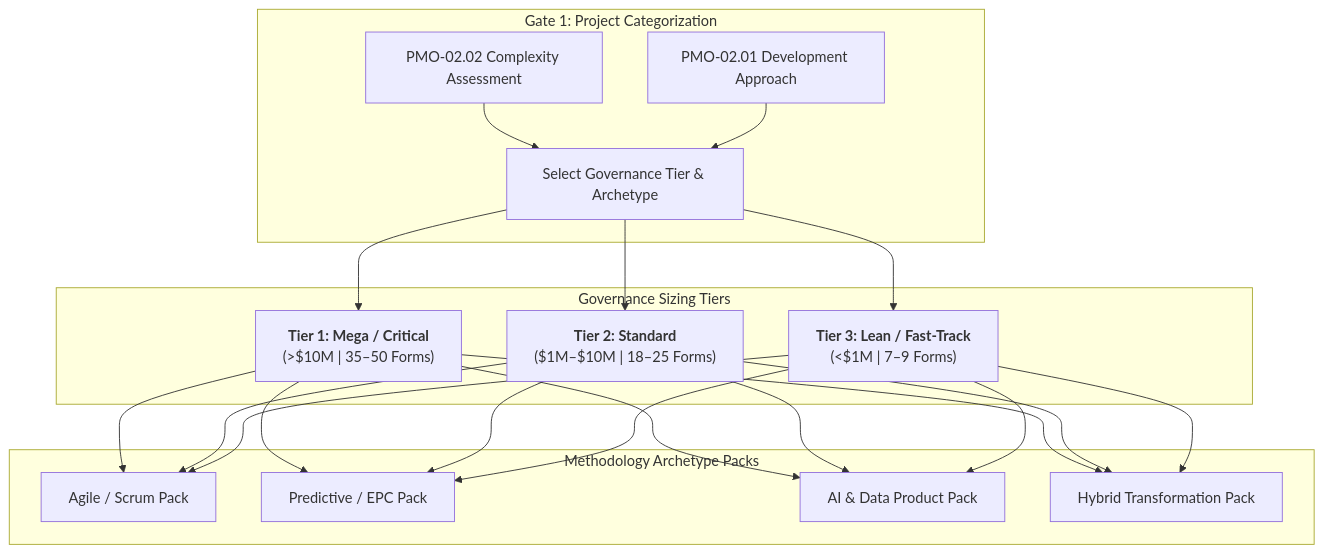
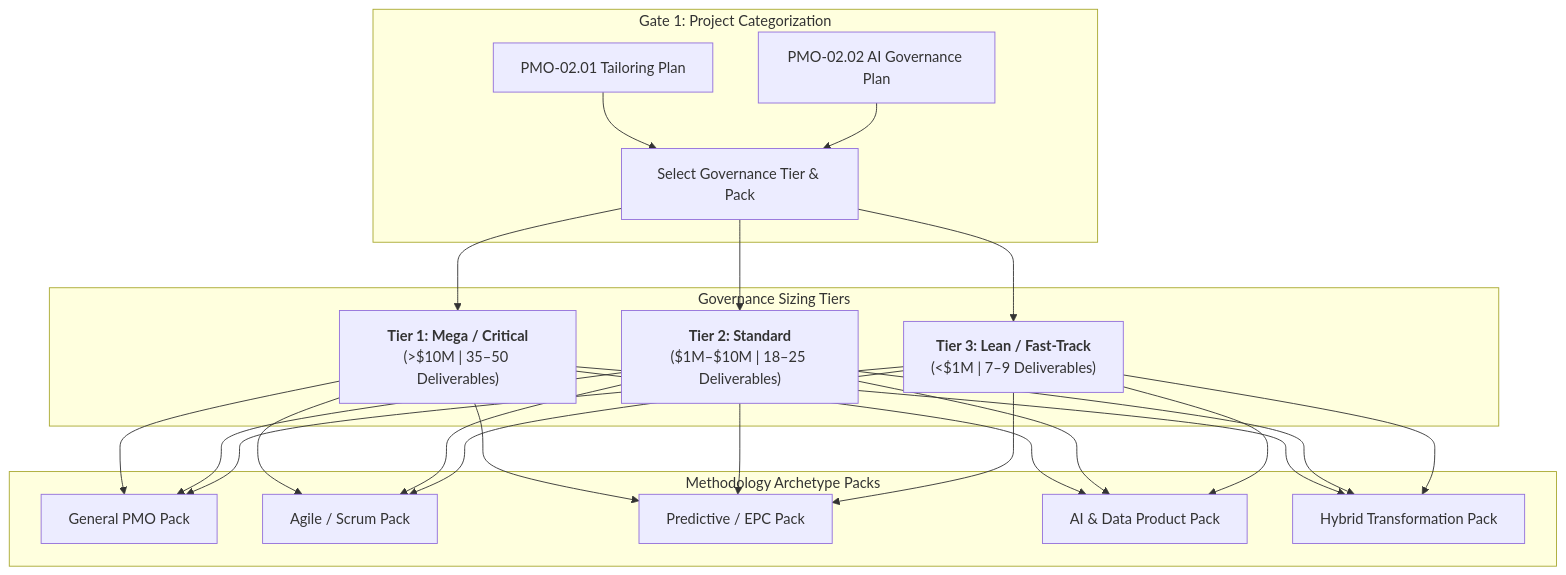
One commit to fakhruldeen/Tasleemat changed the diagram in docs/en/05_tailoring_profiles.md. Above: the diagram before and after it, drawn with Mermaid. The commit also changed other lines of this file and 48 other files, not shown here.

````diff
--- a/docs/en/05_tailoring_profiles.md
+++ b/docs/en/05_tailoring_profiles.md
@@ -33,22 +33,23 @@
 ```mermaid
 flowchart TD
     subgraph Assessment["Gate 1: Project Categorization"]
-        C1["PMO-02.02 Complexity Assessment"]
-        C2["PMO-02.01 Development Approach"]
-        C1 --> Decision["Select Governance Tier & Archetype"]
+        C1["PMO-02.01 Tailoring Plan"]
+        C2["PMO-02.02 AI Governance Plan"]
+        C1 --> Decision["Select Governance Tier & Pack"]
         C2 --> Decision
     end
 
     subgraph Tiers["Governance Sizing Tiers"]
-        Decision --> T1["<b>Tier 1: Mega / Critical</b><br/>(>$10M | 35–50 Forms)"]
-        Decision --> T2["<b>Tier 2: Standard</b><br/>($1M–$10M | 18–25 Forms)"]
-        Decision --> T3["<b>Tier 3: Lean / Fast-Track</b><br/>(<$1M | 7–9 Forms)"]
+        Decision --> T1["<b>Tier 1: Mega / Critical</b><br/>(>$10M | 35–50 Deliverables)"]
+        Decision --> T2["<b>Tier 2: Standard</b><br/>($1M–$10M | 18–25 Deliverables)"]
+        Decision --> T3["<b>Tier 3: Lean / Fast-Track</b><br/>(<$1M | 7–9 Deliverables)"]
     end
 
     subgraph Packs["Methodology Archetype Packs"]
+        T1 & T2 & T3 --> P0["General PMO Pack"]
         T1 & T2 & T3 --> P1["Agile / Scrum Pack"]
         T1 & T2 & T3 --> P2["Predictive / EPC Pack"]
         T1 & T2 & T3 --> P3["AI & Data Product Pack"]
         T1 & T2 & T3 --> P4["Hybrid Transformation Pack"]
     end
 ```
````
